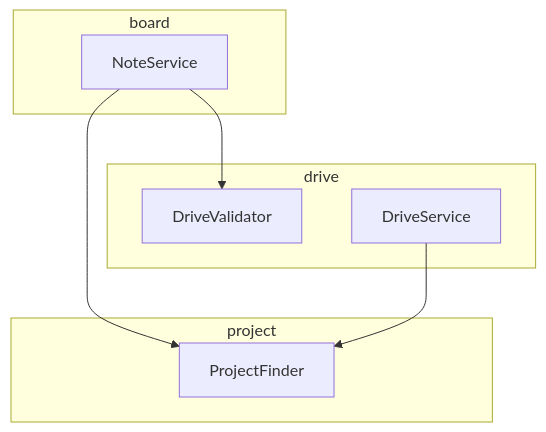
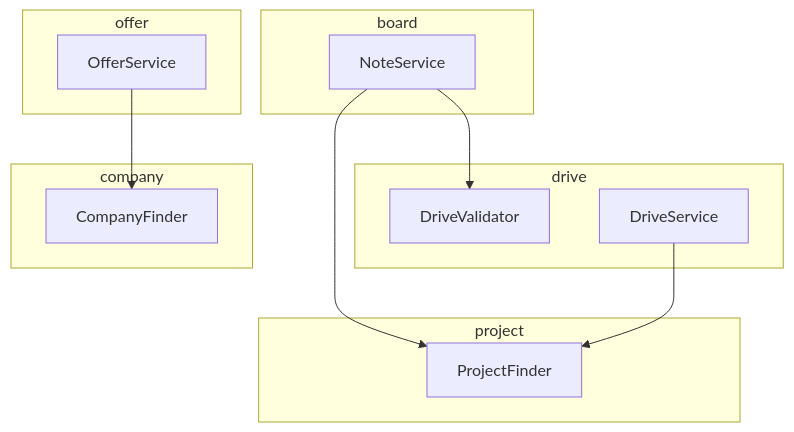
Before and after one commit to mortonCareer/bconnect: the second of 3 diagrams in apps/api/docs/project-structure.md, drawn with Mermaid. The commit also changed 3 other files, not shown here.

````diff
--- a/apps/api/docs/project-structure.md
+++ b/apps/api/docs/project-structure.md
@@ -71,16 +71,23 @@
 ```mermaid
 graph TD
   subgraph board
     NoteS[NoteService]
   end
   subgraph drive
     DriveV[DriveValidator]
     DriveS[DriveService]
   end
   subgraph project
     ProjectF[ProjectFinder]
   end
+  subgraph offer
+    OfferS[OfferService]
+  end
+  subgraph company
+    CompanyF[CompanyFinder]
+  end
   NoteS --> DriveV
   NoteS --> ProjectF
   DriveS --> ProjectF
+  OfferS --> CompanyF
 ```
````
